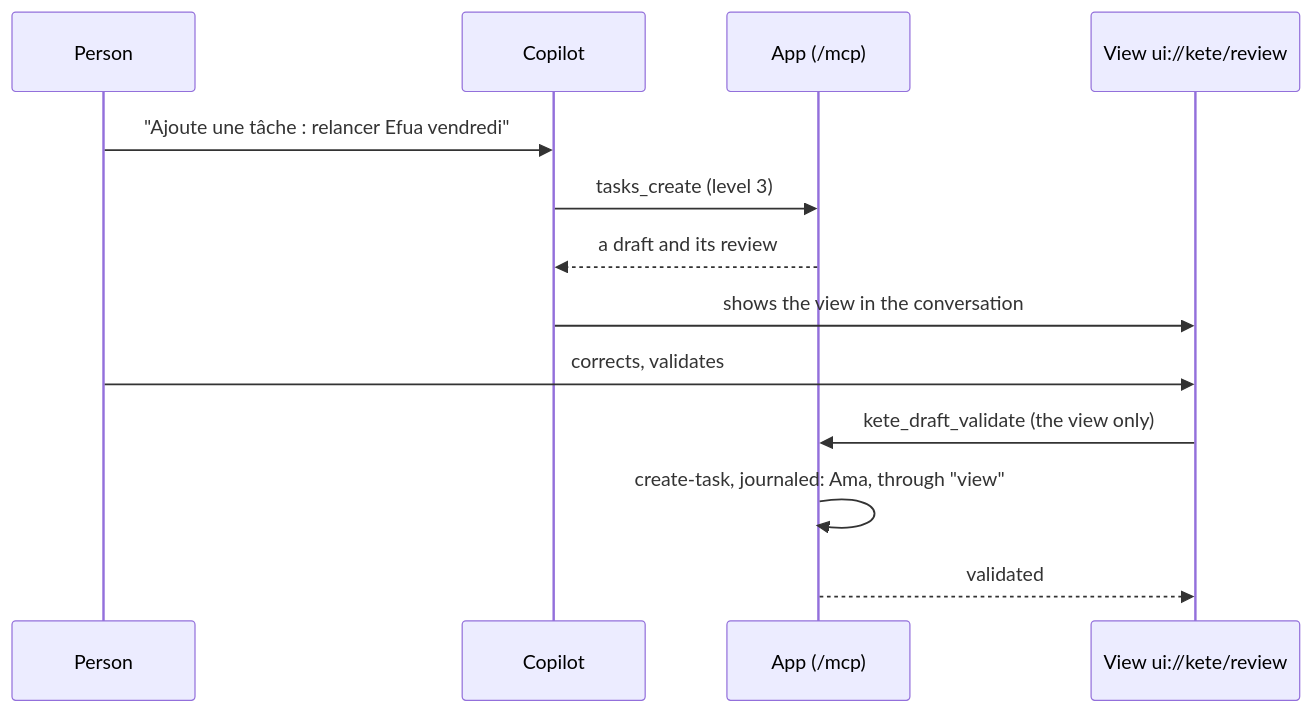
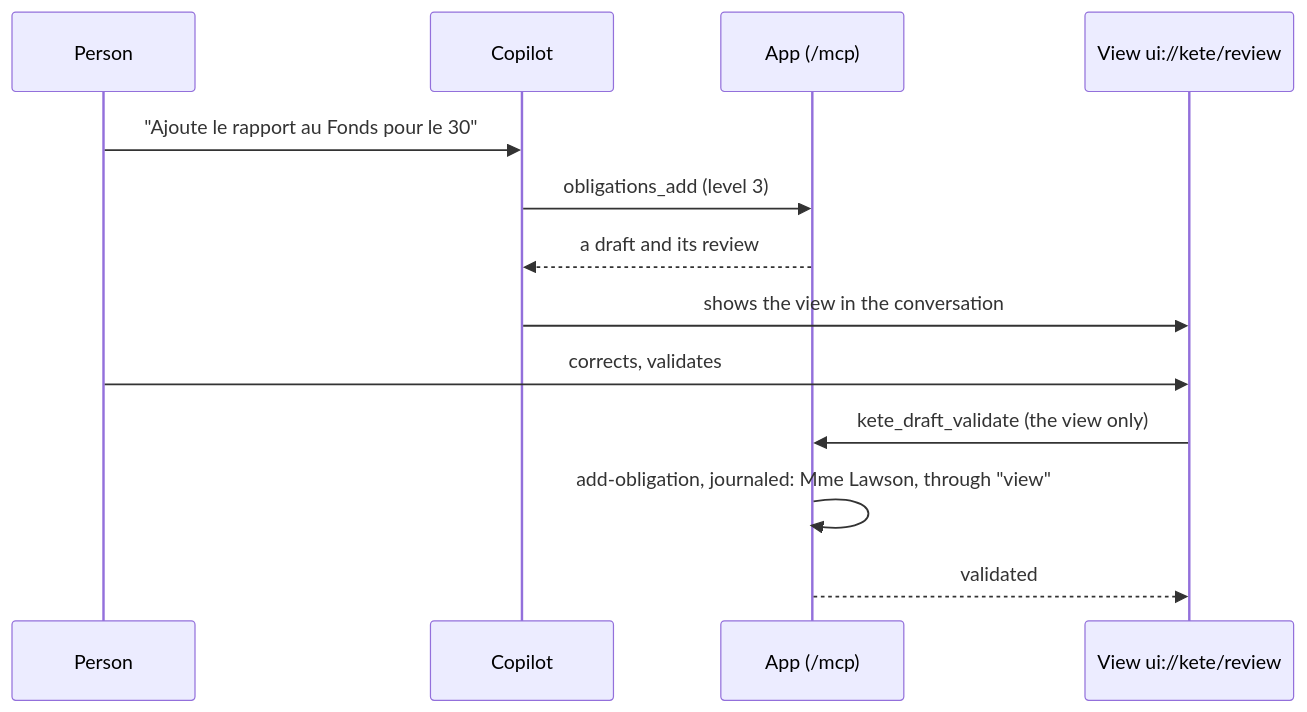
The diagram in docs/flows/draft-validated.md (kete-africa/kete-commitments), drawn with Mermaid before and after one commit. The commit also changed 58 other files, not shown here.

````diff
--- a/docs/flows/draft-validated.md
+++ b/docs/flows/draft-validated.md
@@ -3,15 +3,15 @@
 ```mermaid
 sequenceDiagram
   participant P as Person
   participant C as Copilot
   participant A as App (/mcp)
   participant V as View ui://kete/review
-  P->>C: "Ajoute une tâche : relancer Efua vendredi"
-  C->>A: tasks_create (level 3)
+  P->>C: "Ajoute le rapport au Fonds pour le 30"
+  C->>A: obligations_add (level 3)
   A-->>C: a draft and its review
   C->>V: shows the view in the conversation
   P->>V: corrects, validates
   V->>A: kete_draft_validate (the view only)
-  A->>A: create-task, journaled: Ama, through "view"
+  A->>A: add-obligation, journaled: Mme Lawson, through "view"
   A-->>V: validated
 ```
````
